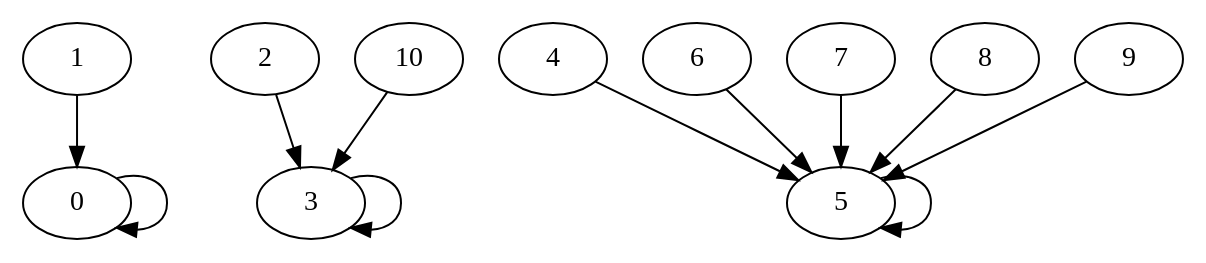
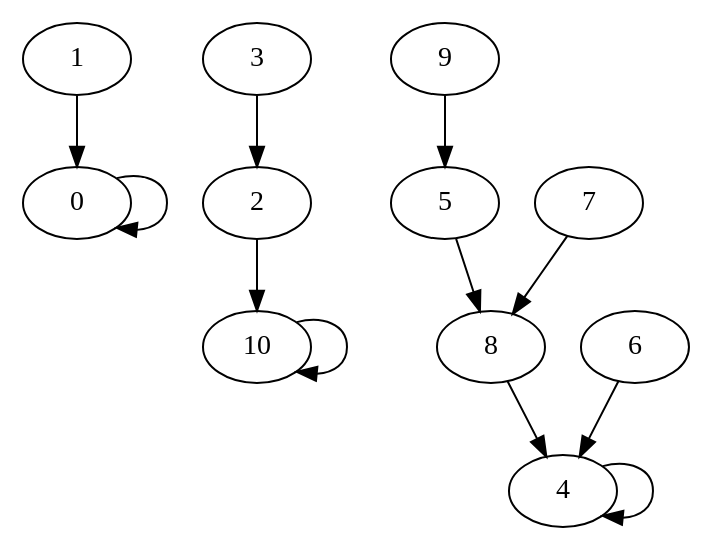
One commit to corentinckf/projetZ1 changed the diagram in partition/corentin/graph_partition.dot. Above: the diagram before and after it, drawn with Graphviz. The commit also changed 5 other files, not shown here.

```diff
--- a/partition/corentin/graph_partition.dot
+++ b/partition/corentin/graph_partition.dot
@@ -1,14 +1,14 @@
 digraph {
 
 	0->0
 	1->0
-	2->3
-	3->3
-	4->5
-	5->5
-	6->5
-	7->5
-	8->5
+	2->10
+	3->2
+	4->4
+	5->8
+	6->4
+	7->8
+	8->4
 	9->5
-	10->3
+	10->10
 }
```
